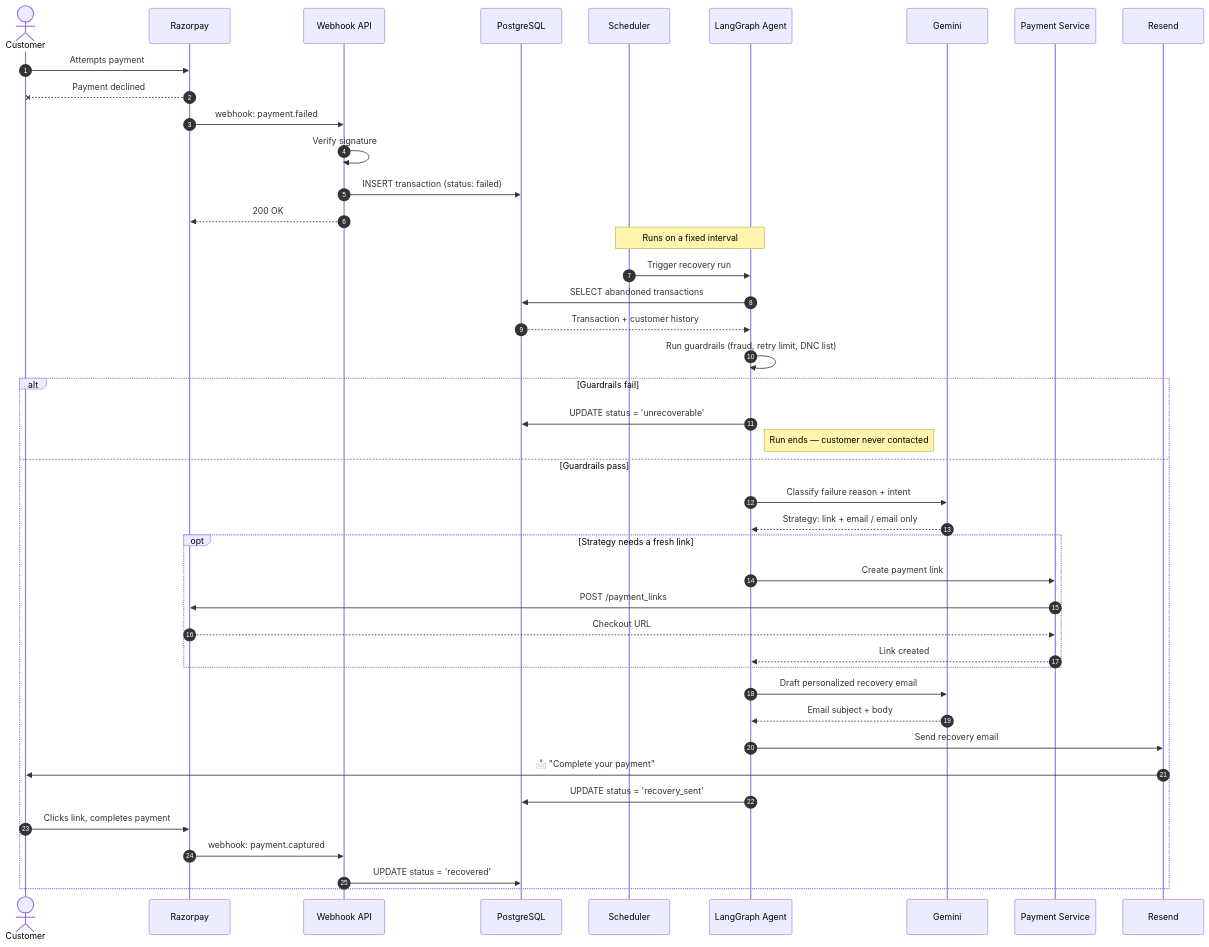
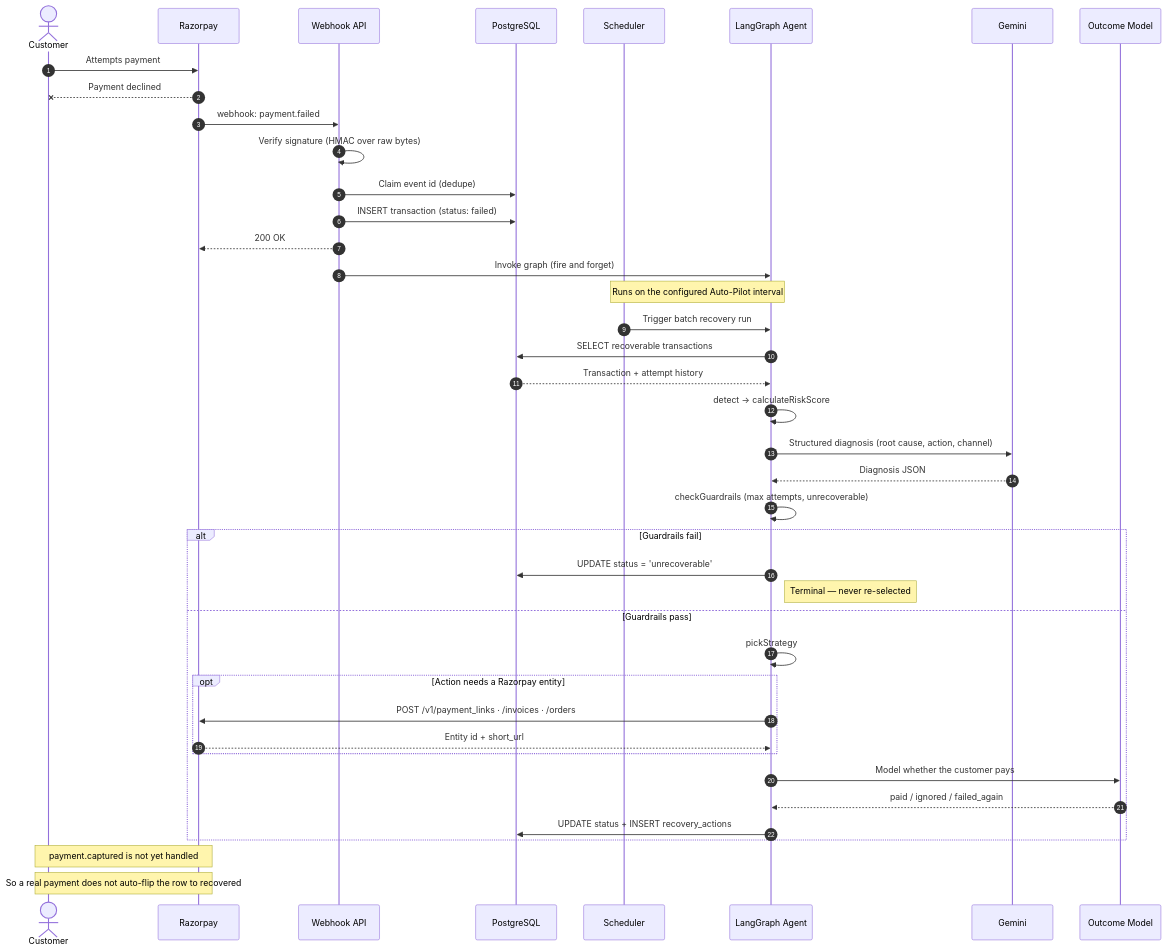
The third of 3 diagrams in README.md (saurabhduhariya/Clawback), drawn with Mermaid before and after one commit. The commit also changed other lines of this file, not shown here.

Commit message:
Update README to reflect new features and clarify recovery process

````diff
--- a/README.md
+++ b/README.md
@@ -213,53 +258,49 @@
 ```mermaid
 sequenceDiagram
     autonumber
     actor Cust as Customer
     participant RZP as Razorpay
     participant API as Webhook API
     participant DB as PostgreSQL
     participant Cron as Scheduler
     participant Agent as LangGraph Agent
     participant Gemini as Gemini
-    participant Pay as Payment Service
-    participant Mail as Resend
+    participant Sim as Outcome Model
 
     Cust->>RZP: Attempts payment
     RZP--xCust: Payment declined
     RZP->>API: webhook: payment.failed
-    API->>API: Verify signature
+    API->>API: Verify signature (HMAC over raw bytes)
+    API->>DB: Claim event id (dedupe)
     API->>DB: INSERT transaction (status: failed)
     API-->>RZP: 200 OK
+    API->>Agent: Invoke graph (fire and forget)
 
-    Note over Cron,Agent: Runs on a fixed interval
-    Cron->>Agent: Trigger recovery run
-    Agent->>DB: SELECT abandoned transactions
-    DB-->>Agent: Transaction + customer history
+    Note over Cron,Agent: Runs on the configured Auto-Pilot interval
+    Cron->>Agent: Trigger batch recovery run
+    Agent->>DB: SELECT recoverable transactions
+    DB-->>Agent: Transaction + attempt history
 
-    Agent->>Agent: Run guardrails (fraud, retry limit, DNC list)
+    Agent->>Agent: detect → calculateRiskScore
+    Agent->>Gemini: Structured diagnosis (root cause, action, channel)
+    Gemini-->>Agent: Diagnosis JSON
+
+    Agent->>Agent: checkGuardrails (max attempts, unrecoverable)
 
     alt Guardrails fail
         Agent->>DB: UPDATE status = 'unrecoverable'
-        Note right of Agent: Run ends — customer never contacted
+        Note right of Agent: Terminal — never re-selected
     else Guardrails pass
-        Agent->>Gemini: Classify failure reason + intent
-        Gemini-->>Agent: Strategy: link + email / email only
+        Agent->>Agent: pickStrategy
+        opt Action needs a Razorpay entity
+            Agent->>RZP: POST /v1/payment_links · /invoices · /orders
+            RZP-->>Agent: Entity id + short_url
+        end
+        Agent->>Sim: Model whether the customer pays
+        Sim-->>Agent: paid / ignored / failed_again
+        Agent->>DB: UPDATE status + INSERT recovery_actions
+    end
 
-        opt Strategy needs a fresh link
-            Agent->>Pay: Create payment link
-            Pay->>RZP: POST /payment_links
-            RZP-->>Pay: Checkout URL
-            Pay-->>Agent: Link created
-        end
-
-        Agent->>Gemini: Draft personalized recovery email
-        Gemini-->>Agent: Email subject + body
-
-        Agent->>Mail: Send recovery email
-        Mail->>Cust: 📩 "Complete your payment"
-        Agent->>DB: UPDATE status = 'recovery_sent'
-
-        Cust->>RZP: Clicks link, completes payment
-        RZP->>API: webhook: payment.captured
-        API->>DB: UPDATE status = 'recovered'
-    end
+    Note over Cust,RZP: payment.captured is not yet handled
+    Note over Cust,RZP: So a real payment does not auto-flip the row to recovered
 ```
````
